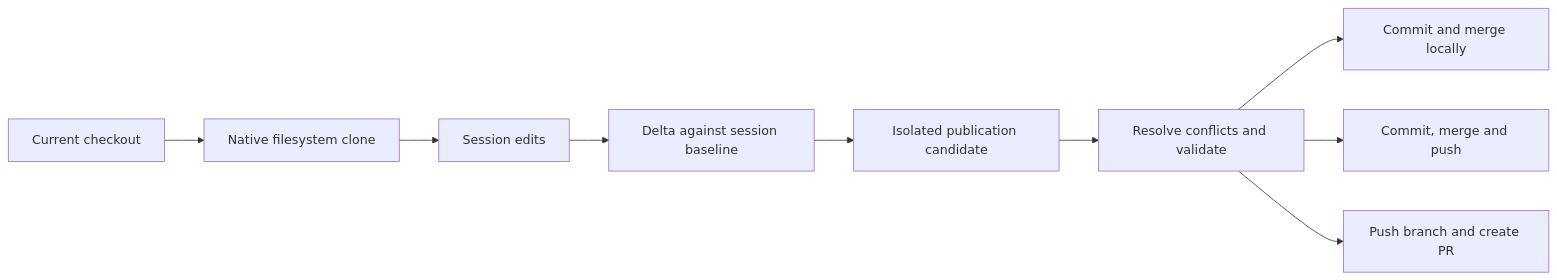
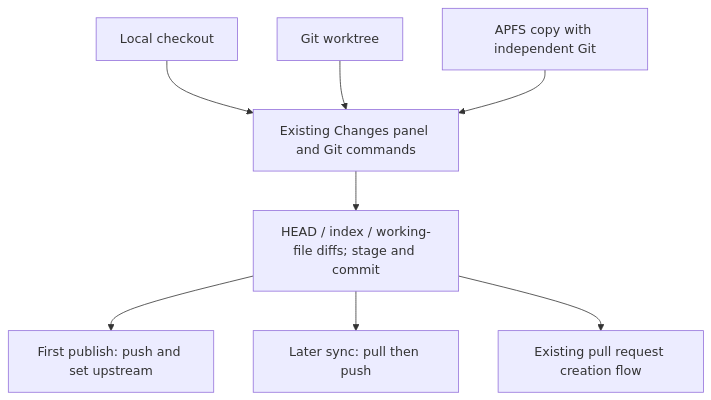
The second of 3 diagrams in docs/work-isolation.md (hananbo/monocode), drawn with Mermaid before and after one commit. The commit also changed other lines of this file and 16 other files, not shown here.

Commit message:
Document isolation flows and preserve older host compatibility

````diff
--- a/docs/work-isolation.md
+++ b/docs/work-isolation.md
@@ -18,11 +68,10 @@
 ```mermaid
-flowchart LR
-  A[Current checkout] --> B[Native filesystem clone]
-  B --> C[Session edits]
-  C --> D[Delta against session baseline]
-  D --> E[Isolated publication candidate]
-  E --> F[Resolve conflicts and validate]
-  F --> G[Commit and merge locally]
-  F --> H[Commit, merge and push]
-  F --> I[Push branch and create PR]
+flowchart TB
+  L[Local checkout] --> U[Existing Changes panel and Git commands]
+  T[Git worktree] --> U
+  C[APFS copy with independent Git] --> U
+  U --> D[HEAD / index / working-file diffs; stage and commit]
+  D --> P[First publish: push and set upstream]
+  D --> S[Later sync: pull then push]
+  D --> R[Existing pull request creation flow]
 ```
````
